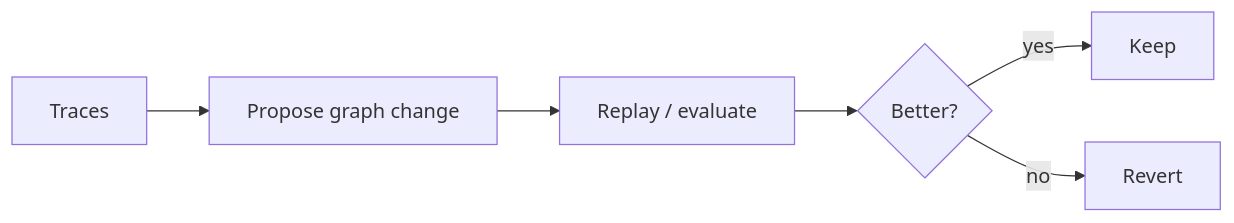
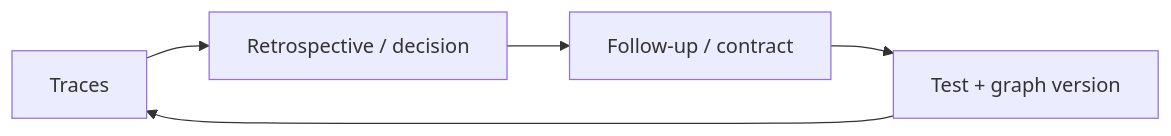
The fourth of 4 diagrams in docs/presentations/state-graph-surface-presentation.md (mfittko/dev-loops), drawn with Mermaid before and after one commit. The commit also changed other lines of this file, not shown here.

Commit message:
Refine state-graph surface presentation

````diff
--- a/docs/presentations/state-graph-surface-presentation.md
+++ b/docs/presentations/state-graph-surface-presentation.md
@@ -311,8 +341,7 @@
 ```mermaid {scale: 0.56}
 flowchart LR
-  T[Traces] --> P[Propose graph change]
-  P --> E[Replay / evaluate]
-  E --> K{Better?}
-  K -->|yes| N[Keep]
-  K -->|no| R[Revert]
+  T[Traces] --> D[Retrospective / decision]
+  D --> Q[Follow-up / contract]
+  Q --> G[Test + graph version]
+  G --> T
 ```
````
